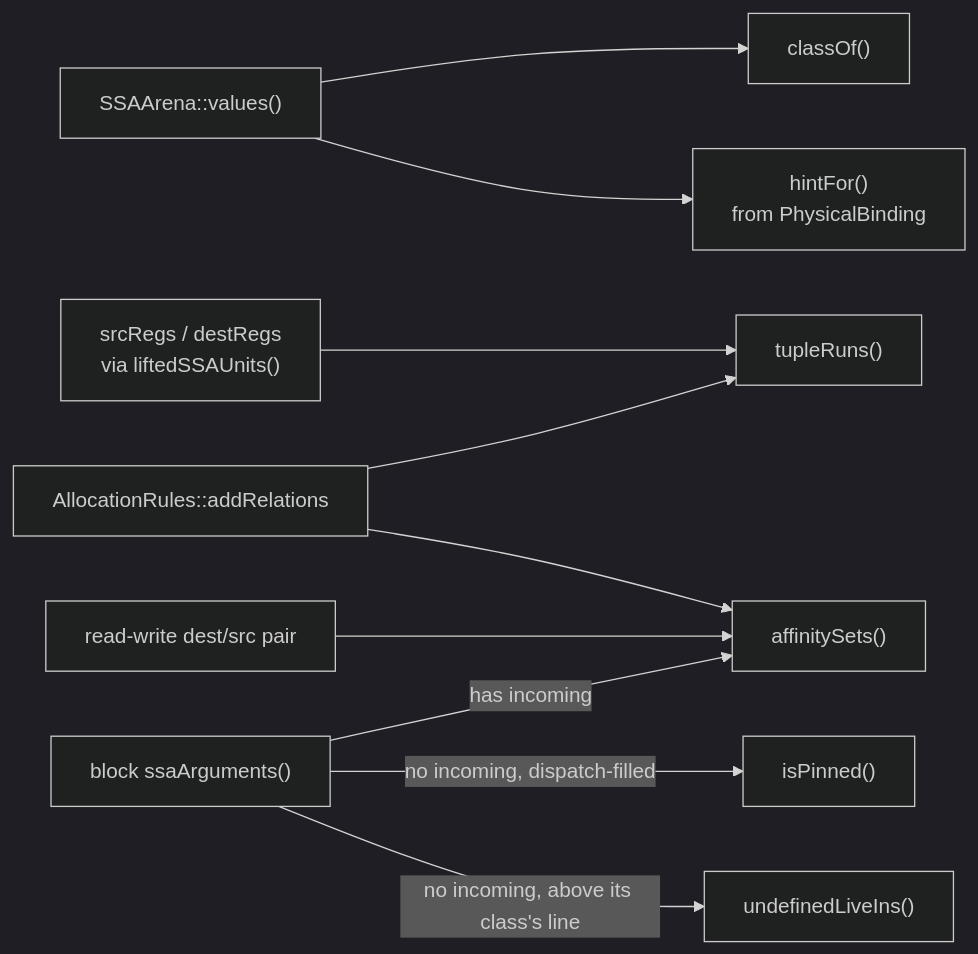
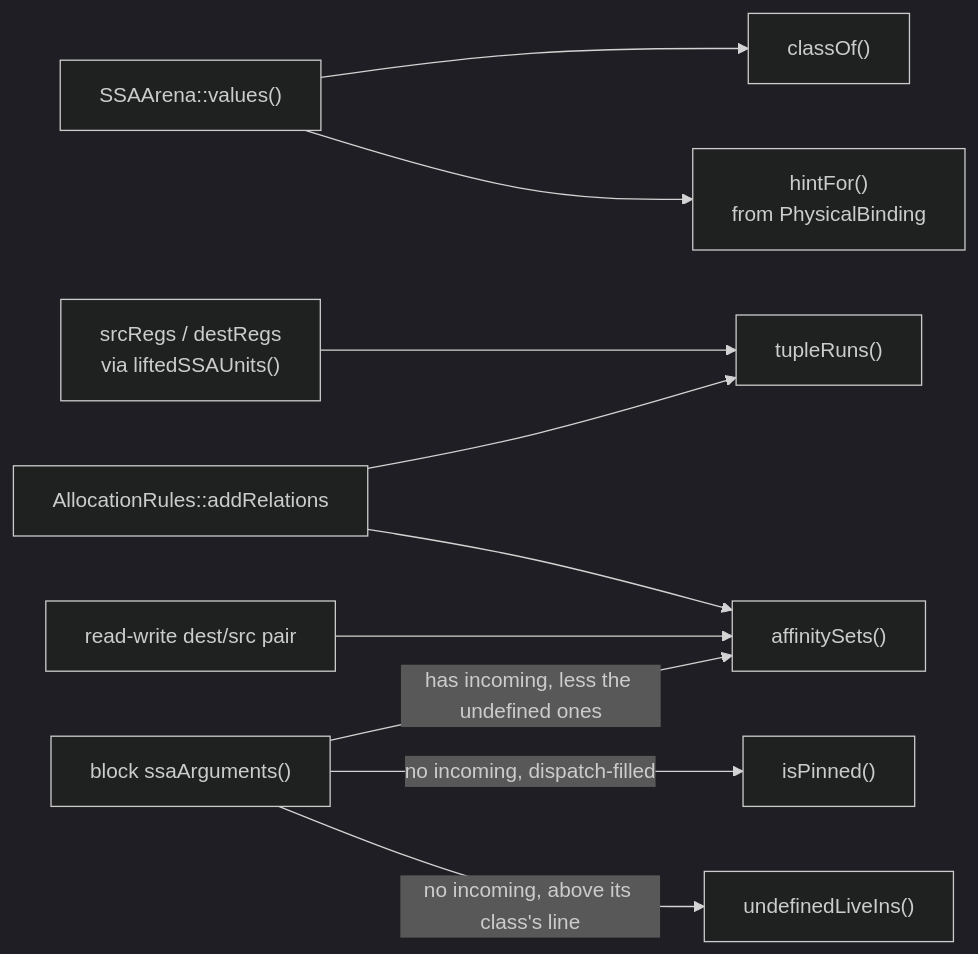
One commit to jaysqvl/rocm-libraries changed the fourth of 8 diagrams in shared/stinkytofu/docs/developer/register-allocation.md. Above: the diagram before and after it, drawn with Mermaid (dark theme). The commit also changed other lines of this file and 10 other files, not shown here.

Commit message:
fix(stinkytofu): mark undefined live-ins and free them from pinning and merge affinity

````diff
--- a/shared/stinkytofu/docs/developer/register-allocation.md
+++ b/shared/stinkytofu/docs/developer/register-allocation.md
@@ -547,12 +547,12 @@
 ```mermaid
 flowchart LR
     Arena["SSAArena::values()"] --> ClassOf["classOf()"]
     Arena --> Hint["hintFor()<br/>from PhysicalBinding"]
     Ops["srcRegs / destRegs<br/>via liftedSSAUnits()"] --> Tuple["tupleRuns()"]
-    Args["block ssaArguments()"] -->|has incoming| Aff["affinitySets()"]
+    Args["block ssaArguments()"] -->|"has incoming, less the undefined ones"| Aff["affinitySets()"]
     Args -->|"no incoming, dispatch-filled"| Pin["isPinned()"]
     Args -->|"no incoming, above its class's line"| Undef["undefinedLiveIns()"]
     RMW["read-write dest/src pair"] --> Aff
     Rules["AllocationRules::addRelations"] --> Tuple
     Rules --> Aff
 ```
````
